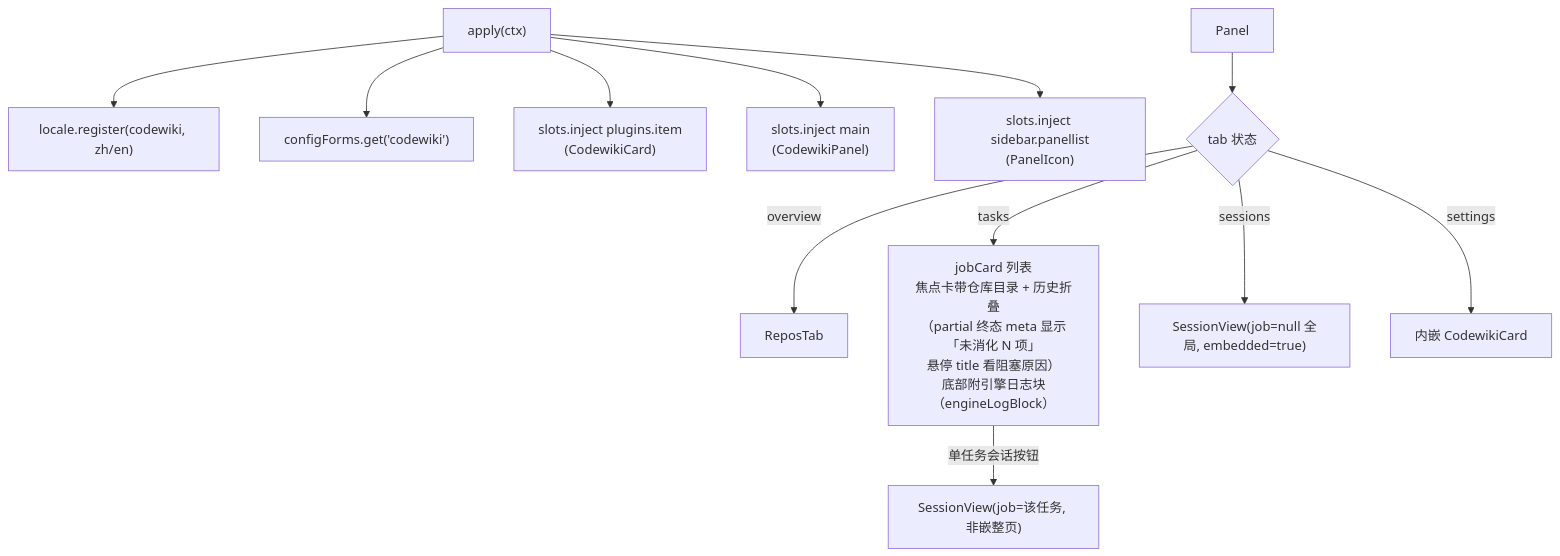
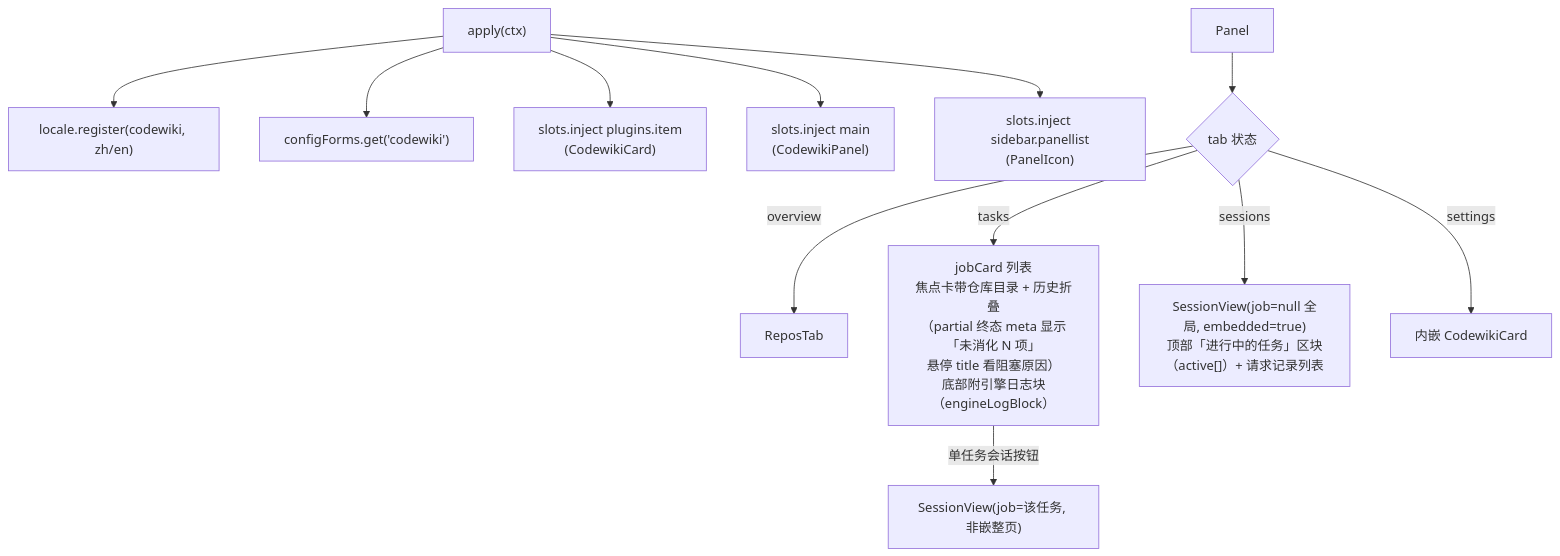
Before and after one commit to ikliml666/dsh-codewiki: the second of 5 diagrams in .codewiki/_native-state/docs/client_ui.md, drawn with Mermaid. The commit also changed other lines of this file and 10 other files, not shown here.

````diff
--- a/.codewiki/_native-state/docs/client_ui.md
+++ b/.codewiki/_native-state/docs/client_ui.md
@@ -67,14 +67,14 @@
 ```mermaid
 flowchart TD
     Apply["apply(ctx)"] --> Dict["locale.register(codewiki, zh/en)"]
     Apply --> Form["configForms.get('codewiki')"]
     Apply --> M1["slots.inject plugins.item<br/>(CodewikiCard)"]
     Apply --> M2["slots.inject main<br/>(CodewikiPanel)"]
     Apply --> M3["slots.inject sidebar.panellist<br/>(PanelIcon)"]
     Panel --> Tabs{"tab 状态"}
     Tabs -->|overview| ReposTab
     Tabs -->|tasks| JobList["jobCard 列表<br/>焦点卡带仓库目录 + 历史折叠<br/>（partial 终态 meta 显示「未消化 N 项」<br/>悬停 title 看阻塞原因）<br/>底部附引擎日志块（engineLogBlock）"]
-    Tabs -->|sessions| SessionViewG["SessionView(job=null 全局, embedded=true)"]
+    Tabs -->|sessions| SessionViewG["SessionView(job=null 全局, embedded=true)<br/>顶部「进行中的任务」区块（active[]）+ 请求记录列表"]
     Tabs -->|settings| Card2["内嵌 CodewikiCard"]
     JobList -- "单任务会话按钮" --> SessionViewJ["SessionView(job=该任务, 非嵌整页)"]
 ```
````
